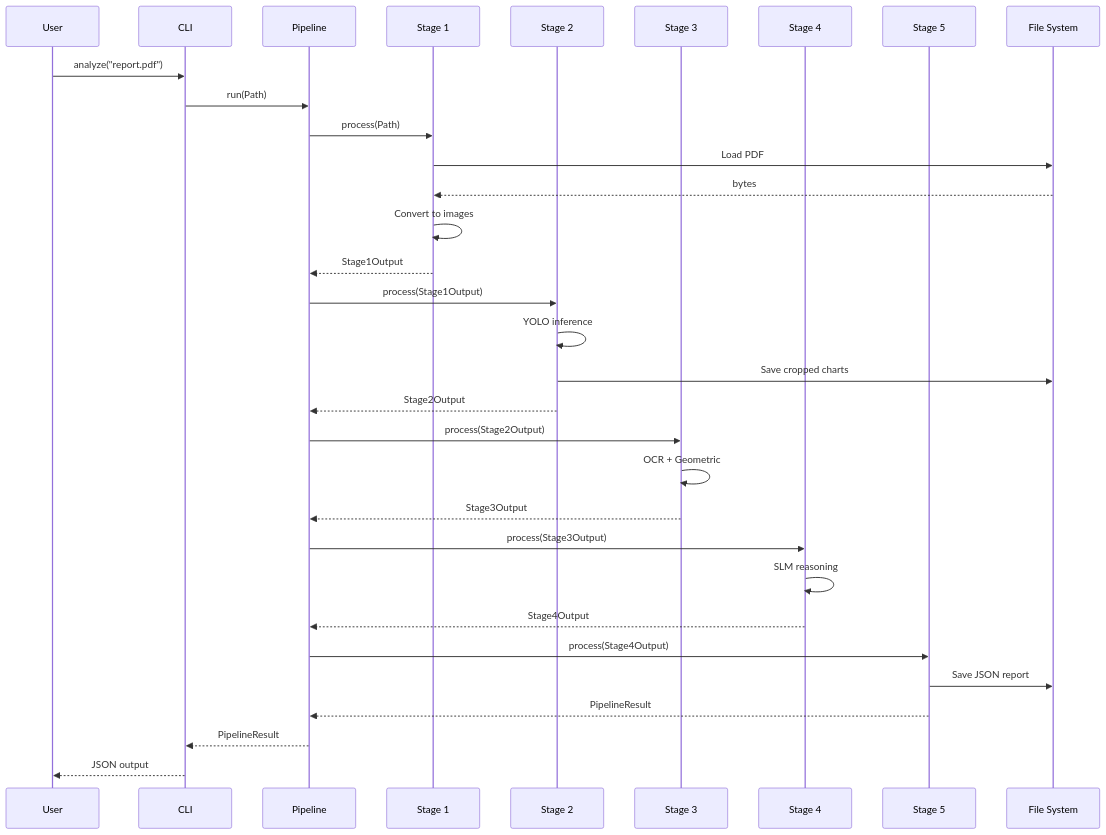
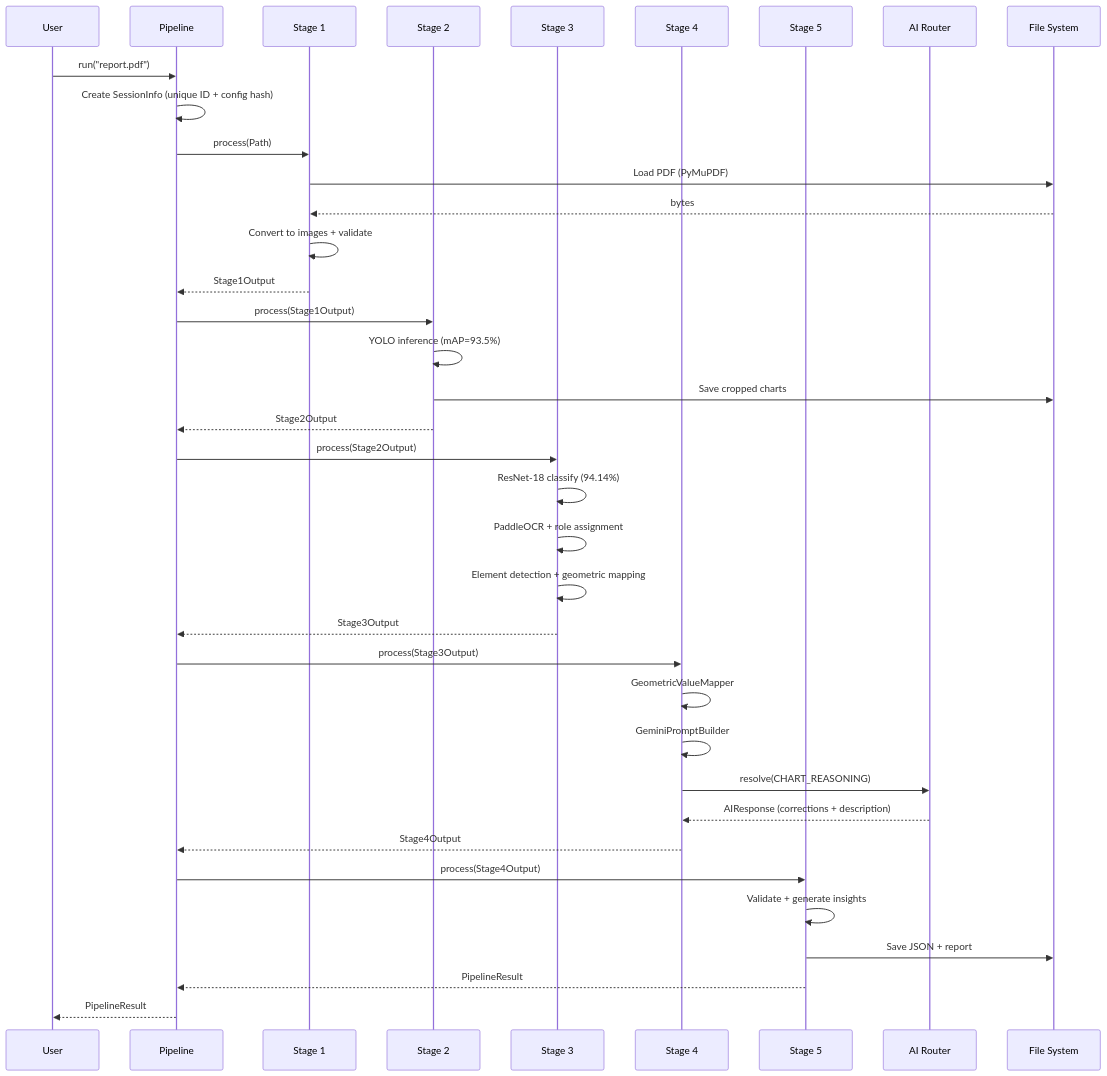
One commit to thatlq1812/chart_analysis_ai_v3 changed the second of 4 diagrams in docs/architecture/SYSTEM_OVERVIEW.md. Above: the diagram before and after it, drawn with Mermaid. The commit also changed other lines of this file and 20 other files, not shown here.

````diff
--- a/docs/architecture/SYSTEM_OVERVIEW.md
+++ b/docs/architecture/SYSTEM_OVERVIEW.md
@@ -178,41 +247,46 @@
 ```mermaid
 sequenceDiagram
     participant User
-    participant CLI
     participant Pipeline
     participant S1 as Stage 1
     participant S2 as Stage 2
     participant S3 as Stage 3
     participant S4 as Stage 4
     participant S5 as Stage 5
+    participant Router as AI Router
     participant FS as File System
-    
-    User->>CLI: analyze("report.pdf")
-    CLI->>Pipeline: run(Path)
-    
+
+    User->>Pipeline: run("report.pdf")
+    Pipeline->>Pipeline: Create SessionInfo (unique ID + config hash)
+
     Pipeline->>S1: process(Path)
-    S1->>FS: Load PDF
+    S1->>FS: Load PDF (PyMuPDF)
     FS-->>S1: bytes
-    S1->>S1: Convert to images
+    S1->>S1: Convert to images + validate
     S1-->>Pipeline: Stage1Output
-    
+
     Pipeline->>S2: process(Stage1Output)
-    S2->>S2: YOLO inference
+    S2->>S2: YOLO inference (mAP=93.5%)
     S2->>FS: Save cropped charts
     S2-->>Pipeline: Stage2Output
-    
+
     Pipeline->>S3: process(Stage2Output)
-    S3->>S3: OCR + Geometric
+    S3->>S3: ResNet-18 classify (94.14%)
+    S3->>S3: PaddleOCR + role assignment
+    S3->>S3: Element detection + geometric mapping
     S3-->>Pipeline: Stage3Output
-    
+
     Pipeline->>S4: process(Stage3Output)
-    S4->>S4: SLM reasoning
+    S4->>S4: GeometricValueMapper
+    S4->>S4: GeminiPromptBuilder
+    S4->>Router: resolve(CHART_REASONING)
+    Router-->>S4: AIResponse (corrections + description)
     S4-->>Pipeline: Stage4Output
-    
+
     Pipeline->>S5: process(Stage4Output)
-    S5->>FS: Save JSON report
+    S5->>S5: Validate + generate insights
+    S5->>FS: Save JSON + report
     S5-->>Pipeline: PipelineResult
-    
-    Pipeline-->>CLI: PipelineResult
-    CLI-->>User: JSON output
+
+    Pipeline-->>User: PipelineResult
 ```
````
